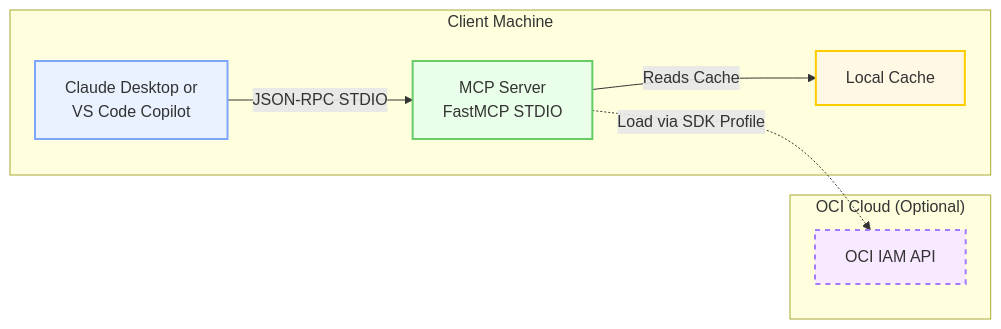
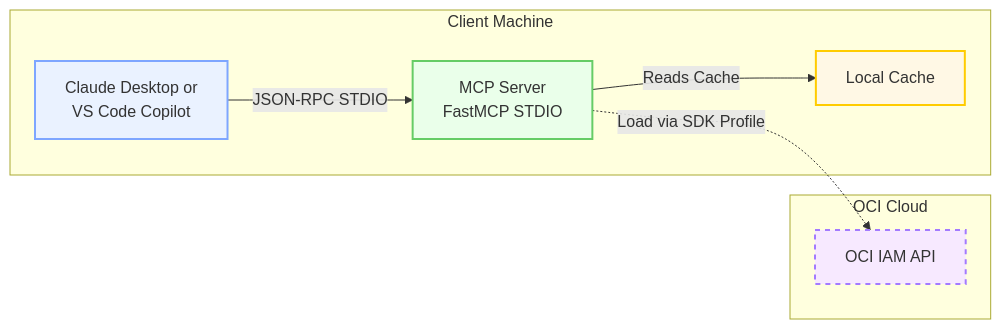
Before and after one commit to agregory999/oci-policy-analysis: the first of 7 diagrams in README_MCP.md, drawn with Mermaid. The commit also changed other lines of this file, not shown here.

Commit message:
Update OCI Cloud label in README_MCP.md

````diff
--- a/README_MCP.md
+++ b/README_MCP.md
@@ -20,22 +20,22 @@
 ```mermaid
 flowchart LR
     subgraph CLIENT["Client Machine"]
         C1[Claude Desktop or<br/>VS Code Copilot]
         MCP[MCP Server<br/>FastMCP STDIO]
         CACHE[Local Cache]
     end
 
-    subgraph OCI["OCI Cloud (Optional)"]
+    subgraph OCI["OCI Cloud"]
         OCI-API[OCI IAM API]
     end
 
     C1 -->|JSON-RPC STDIO| MCP
     MCP -->|Reads Cache| CACHE
     MCP -.->|Load via SDK Profile| OCI-API
 
     %% Styles
     style C1 fill:#eaf2ff,stroke:#7ea6ff,stroke-width:2px
     style MCP fill:#eaffea,stroke:#66cc66,stroke-width:2px
     style CACHE fill:#fff8e5,stroke:#ffcc00,stroke-width:2px
     style OCI-API fill:#f7e9ff,stroke:#a37aff,stroke-width:2px,stroke-dasharray: 5 5
 ```
````
